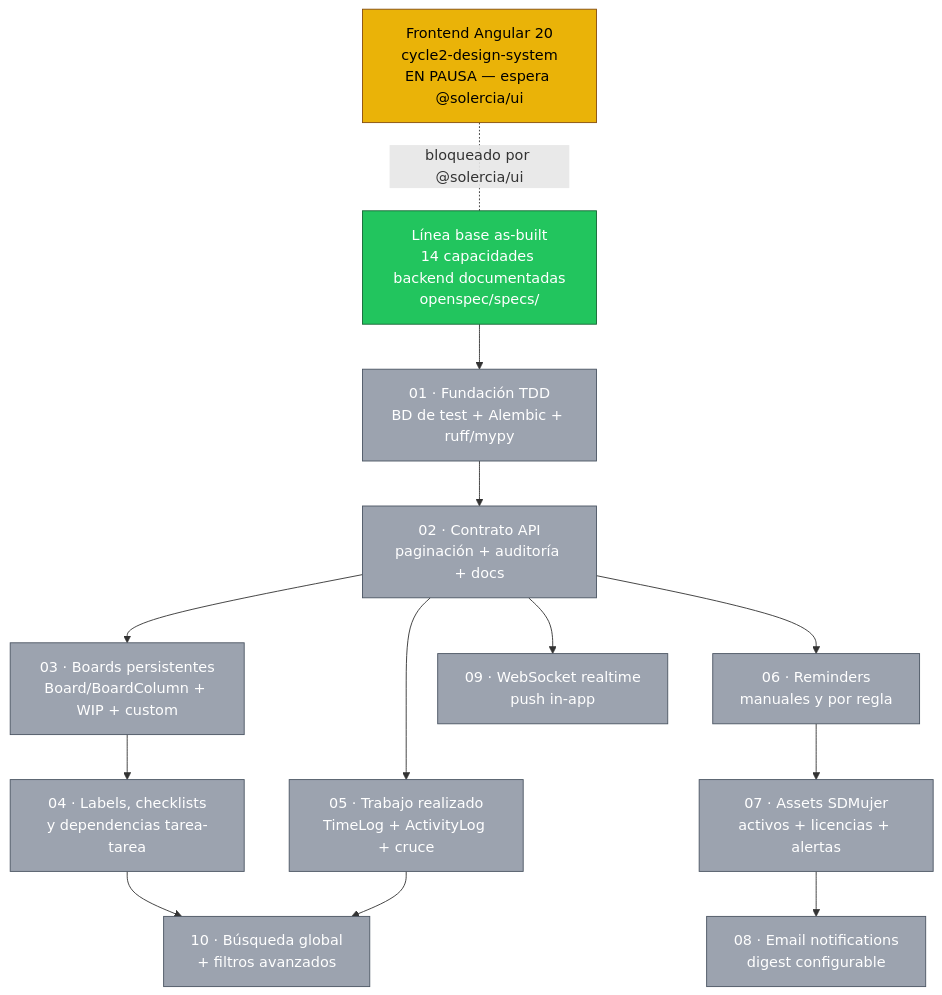
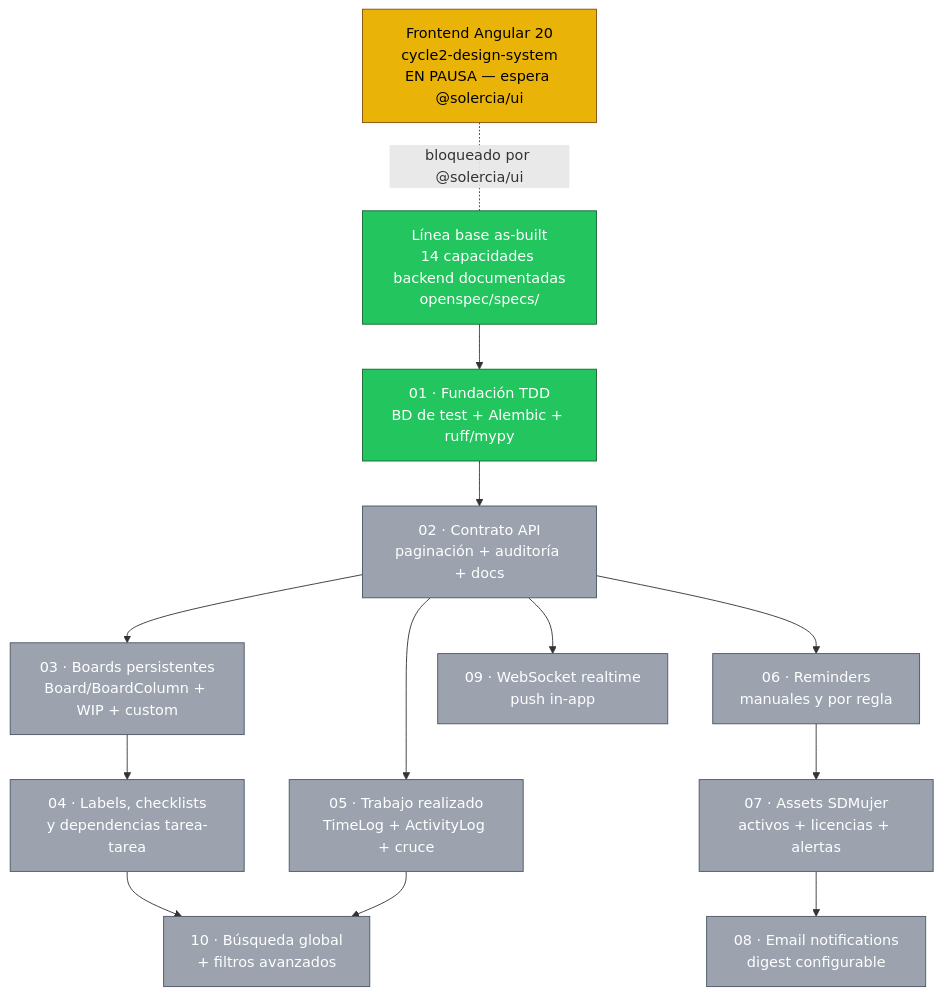
Before and after one commit to solercia-solutions/solercia-command: the diagram in openspec/AVANCE.md, drawn with Mermaid. The commit also changed other lines of this file and 10 other files, not shown here.

````diff
--- a/openspec/AVANCE.md
+++ b/openspec/AVANCE.md
@@ -9,36 +9,37 @@
 ```mermaid
 flowchart TD
     B0["Línea base as-built<br/>14 capacidades backend documentadas<br/>openspec/specs/"]
 
     C01["01 · Fundación TDD<br/>BD de test + Alembic + ruff/mypy"]
     C02["02 · Contrato API<br/>paginación + auditoría + docs"]
     C03["03 · Boards persistentes<br/>Board/BoardColumn + WIP + custom"]
     C04["04 · Labels, checklists<br/>y dependencias tarea-tarea"]
     C05["05 · Trabajo realizado<br/>TimeLog + ActivityLog + cruce"]
     C06["06 · Reminders<br/>manuales y por regla"]
     C07["07 · Assets SDMujer<br/>activos + licencias + alertas"]
     C08["08 · Email notifications<br/>digest configurable"]
     C09["09 · WebSocket realtime<br/>push in-app"]
     C10["10 · Búsqueda global<br/>+ filtros avanzados"]
 
     FE["Frontend Angular 20<br/>cycle2-design-system<br/>EN PAUSA — espera @solercia/ui"]
 
     B0 --> C01
     C01 --> C02
     C02 --> C03 --> C04
     C02 --> C05
     C02 --> C06 --> C07 --> C08
     C02 --> C09
     C04 --> C10
     C05 --> C10
 
     FE -.bloqueado por @solercia/ui.- B0
 
     class B0 done
+    class C01 done
     class FE inprogress
-    class C01,C02,C03,C04,C05,C06,C07,C08,C09,C10 pending
+    class C02,C03,C04,C05,C06,C07,C08,C09,C10 pending
 
     classDef done fill:#22c55e,stroke:#166534,color:#ffffff
     classDef inprogress fill:#eab308,stroke:#854d0e,color:#000000
     classDef pending fill:#9ca3af,stroke:#4b5563,color:#ffffff
 ```
````
